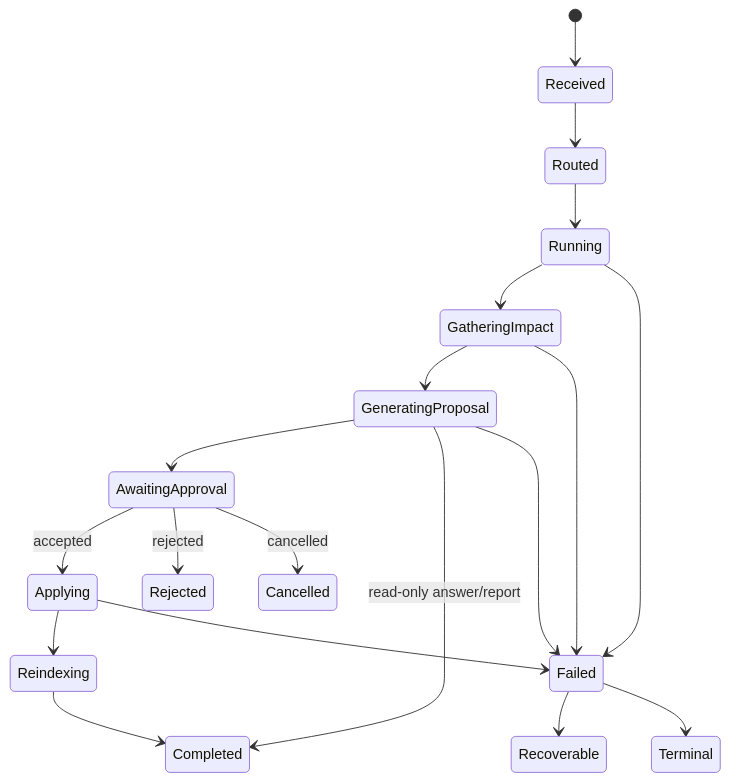
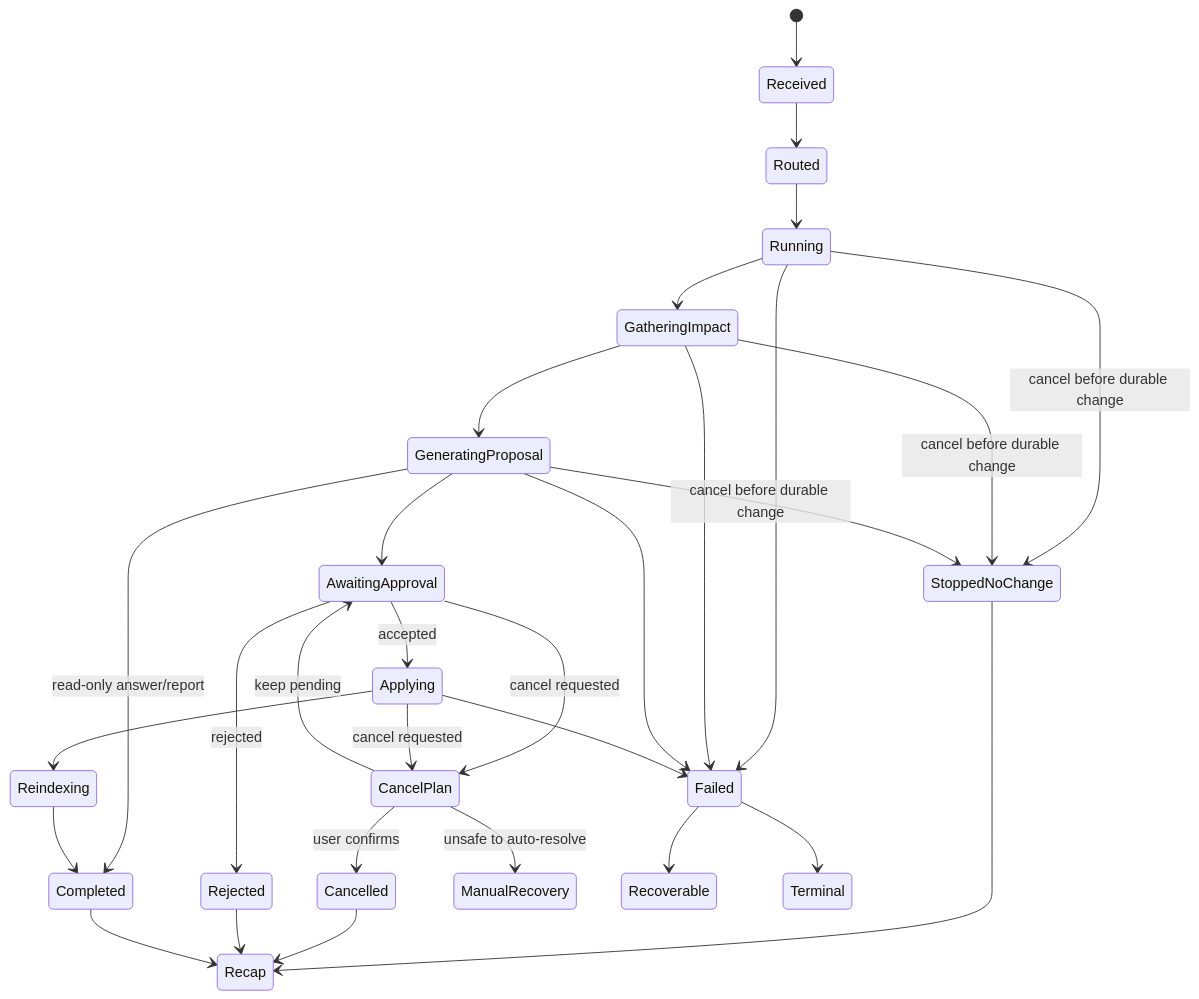
The second of 3 diagrams in spec/S04-turn-orchestration.md (jinhuang712/open-novel), drawn with Mermaid before and after one commit. The commit also changed other lines of this file and 24 other files, not shown here.

````diff
--- a/spec/S04-turn-orchestration.md
+++ b/spec/S04-turn-orchestration.md
@@ -55,21 +56,32 @@
 ```mermaid
 stateDiagram-v2
   [*] --> Received
   Received --> Routed
   Routed --> Running
   Running --> GatheringImpact
   GatheringImpact --> GeneratingProposal
   GeneratingProposal --> AwaitingApproval
   GeneratingProposal --> Completed: read-only answer/report
+  Running --> StoppedNoChange: cancel before durable change
+  GatheringImpact --> StoppedNoChange: cancel before durable change
+  GeneratingProposal --> StoppedNoChange: cancel before durable change
   AwaitingApproval --> Applying: accepted
   AwaitingApproval --> Rejected: rejected
-  AwaitingApproval --> Cancelled: cancelled
+  AwaitingApproval --> CancelPlan: cancel requested
+  Applying --> CancelPlan: cancel requested
+  CancelPlan --> Cancelled: user confirms
+  CancelPlan --> AwaitingApproval: keep pending
+  CancelPlan --> ManualRecovery: unsafe to auto-resolve
   Applying --> Reindexing
   Reindexing --> Completed
+  StoppedNoChange --> Recap
+  Cancelled --> Recap
+  Rejected --> Recap
+  Completed --> Recap
   Running --> Failed
   GatheringImpact --> Failed
   GeneratingProposal --> Failed
   Applying --> Failed
   Failed --> Recoverable
   Failed --> Terminal
 ```
````
